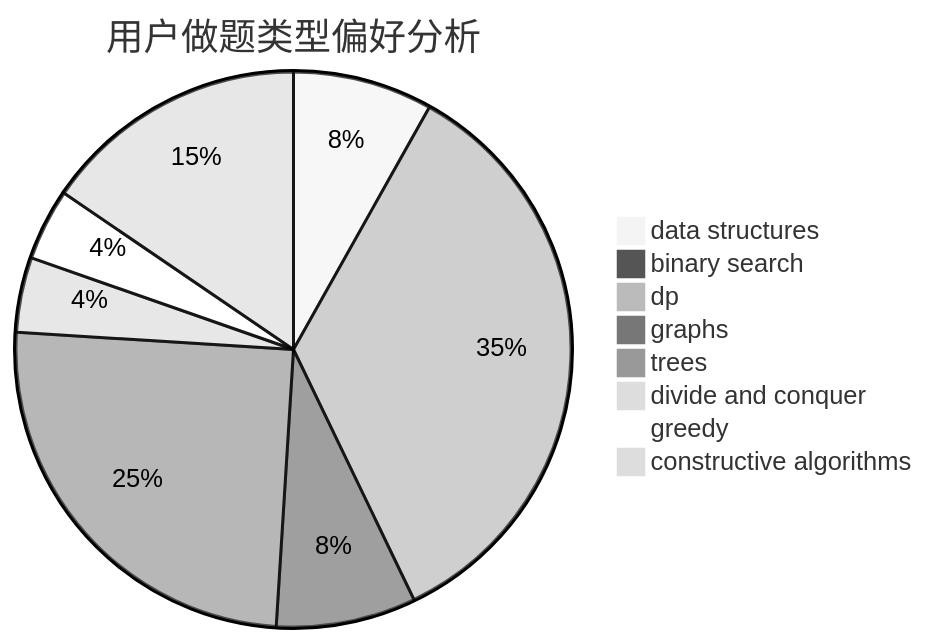
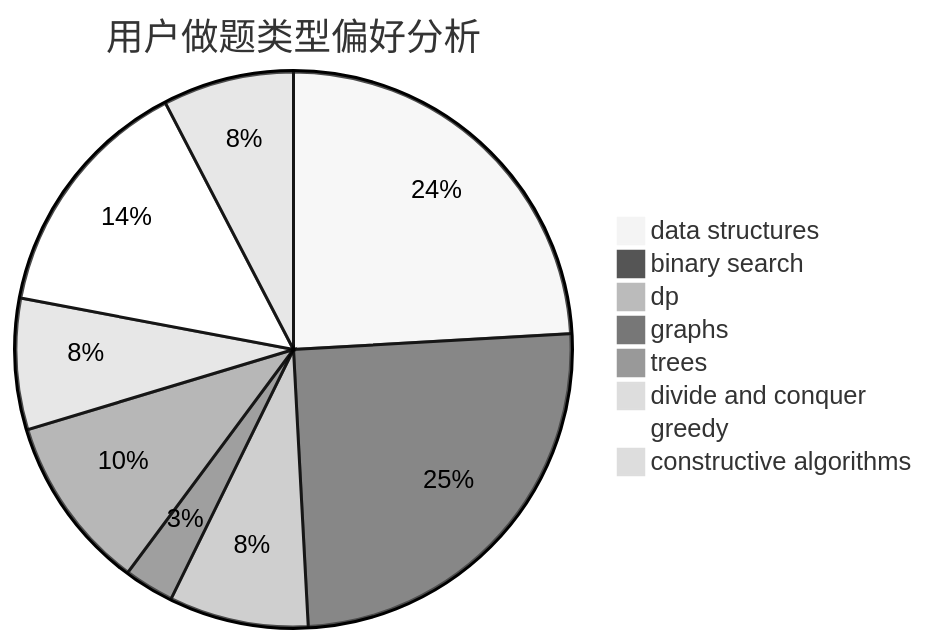
One commit to sherpahu/cfrs.github.io changed the second of 3 diagrams in docs/user/u1222.md. Above: the diagram before and after it, drawn with Mermaid (neutral theme). The commit also changed other lines of this file and 2770 other files, not shown here.

````diff
--- a/docs/user/u1222.md
+++ b/docs/user/u1222.md
@@ -23,11 +23,11 @@
 ```mermaid
 pie title 用户做题类型偏好分析
-    "data structures" :  41
-    "binary search" :  2
-    "dp" :  175
-    "graphs" :  41
-    "trees" :  126
-    "divide and conquer" :  22
-    "greedy" :  21
-    "constructive algorithms" :  78
+    "data structures" :  199
+    "binary search" :  207
+    "dp" :  67
+    "graphs" :  24
+    "trees" :  84
+    "divide and conquer" :  63
+    "greedy" :  119
+    "constructive algorithms" :  63
 ```
````
